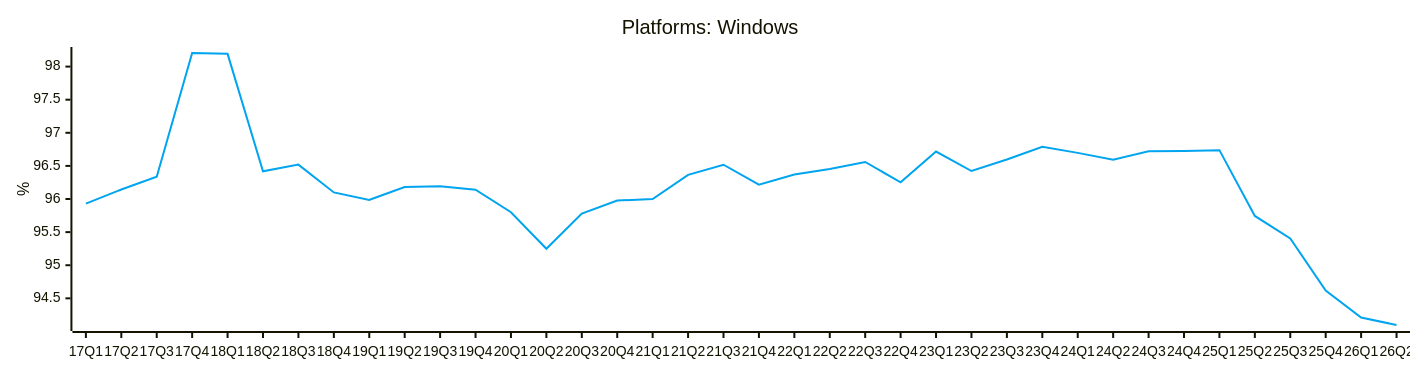
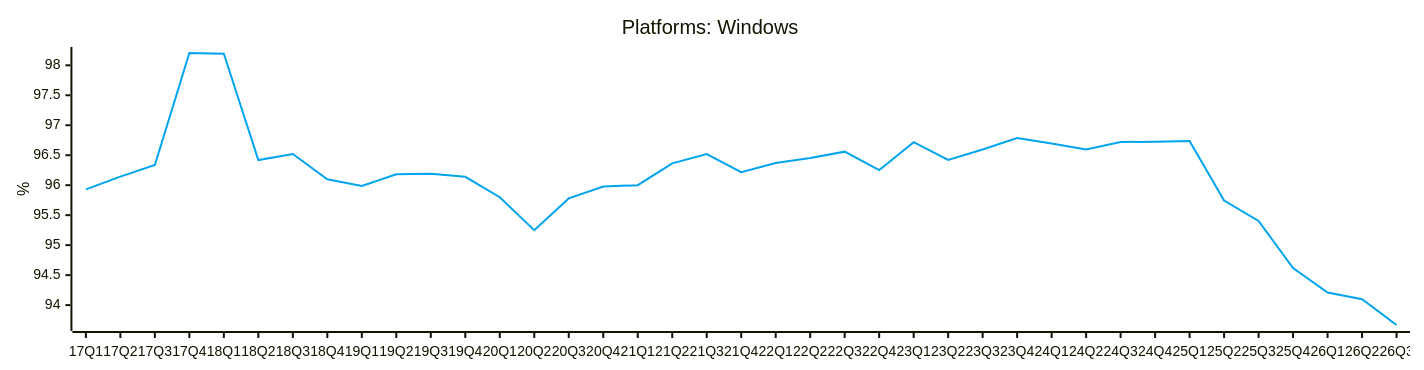
Diagram 13 of 31 in README.md (jdegene/steamHWsurvey), drawn with Mermaid before and after one commit. The commit also changed other lines of this file and 2 other files, not shown here.

````diff
--- a/README.md
+++ b/README.md
@@ -455,19 +455,19 @@
 ```mermaid
 ---
 config:
     xyChart:
         width: 1400
         height: 350
         
     themeVariables:
         xyChart:
             plotColorPalette: "#00A4EF"
 
 --- 
 
 xychart-beta
     title "Platforms: Windows"
-    x-axis [17Q1, 17Q2, 17Q3, 17Q4, 18Q1, 18Q2, 18Q3, 18Q4, 19Q1, 19Q2, 19Q3, 19Q4, 20Q1, 20Q2, 20Q3, 20Q4, 21Q1, 21Q2, 21Q3, 21Q4, 22Q1, 22Q2, 22Q3, 22Q4, 23Q1, 23Q2, 23Q3, 23Q4, 24Q1, 24Q2, 24Q3, 24Q4, 25Q1, 25Q2, 25Q3, 25Q4, 26Q1, 26Q2]
+    x-axis [17Q1, 17Q2, 17Q3, 17Q4, 18Q1, 18Q2, 18Q3, 18Q4, 19Q1, 19Q2, 19Q3, 19Q4, 20Q1, 20Q2, 20Q3, 20Q4, 21Q1, 21Q2, 21Q3, 21Q4, 22Q1, 22Q2, 22Q3, 22Q4, 23Q1, 23Q2, 23Q3, 23Q4, 24Q1, 24Q2, 24Q3, 24Q4, 25Q1, 25Q2, 25Q3, 25Q4, 26Q1, 26Q2, 26Q3]
     y-axis "%" 
-    line [95.93077157802871, 96.14358153189218, 96.335797352114, 98.2051556994227, 98.19224868254287, 96.41927606149703, 96.5195047886008, 96.09970461570235, 95.98653029864667, 96.18231901638656, 96.1924850487725, 96.13973260690635, 95.79966074962073, 95.24887243795703, 95.77968082937306, 95.97729984600053, 96.00093389366951, 96.3644960136504, 96.51791074644787, 96.2178647614611, 96.36945418071323, 96.45358462278666, 96.559659973536, 96.25178127450455, 96.71672771330697, 96.42300386215726, 96.59644556741958, 96.78761180751577, 96.69704930026714, 96.59410712782618, 96.7203836591232, 96.72614773948945, 96.73812324746858, 95.74425762677885, 95.4048291732717, 94.6175011608779, 94.21011700277774, 94.09736760554284]
+    line [95.93077157802871, 96.14358153189218, 96.335797352114, 98.2051556994227, 98.19224868254285, 96.41927606149704, 96.5195047886008, 96.09970461570235, 95.98653029864667, 96.18231901638656, 96.1924850487725, 96.13973260690635, 95.79966074962071, 95.24887243795703, 95.77968082937306, 95.97729984600053, 96.00093389366951, 96.3644960136504, 96.51791074644787, 96.21786476146109, 96.36945418071323, 96.45358462278665, 96.559659973536, 96.25178127450455, 96.71672771330697, 96.42300386215726, 96.5964455674196, 96.78761180751577, 96.69704930026714, 96.59410712782618, 96.7203836591232, 96.72614773948945, 96.73812324746858, 95.74425762677885, 95.4048291732717, 94.61750116087791, 94.21011700277774, 94.09736760554283, 93.66810043012903]
 ``` 
````
